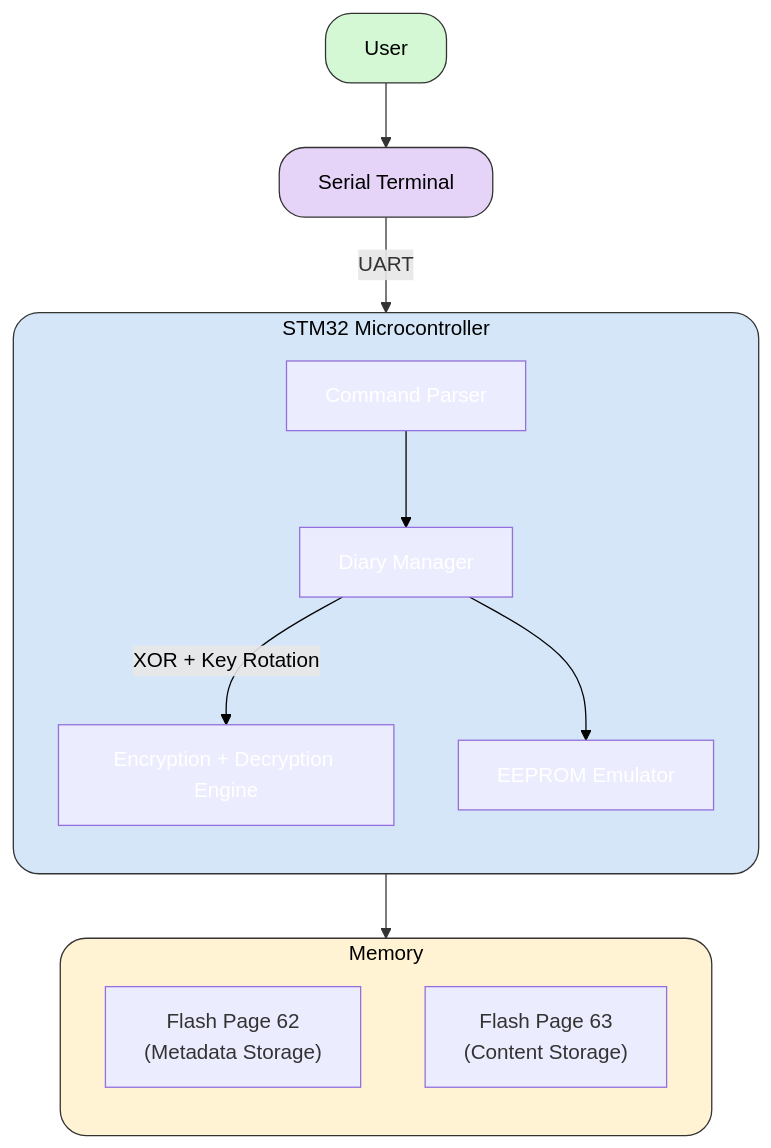
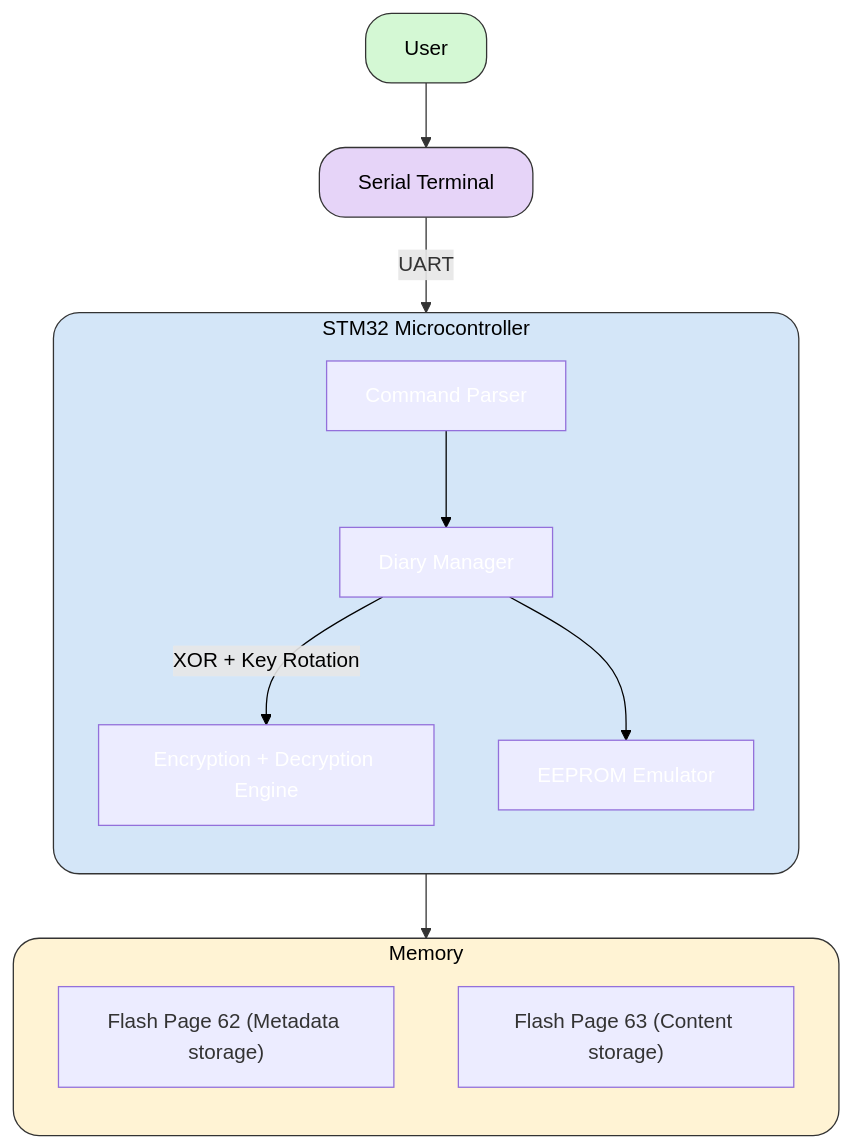
The first of 3 diagrams in README.md (pvura9/FlashWrite), drawn with Mermaid before and after one commit. The commit also changed other lines of this file, not shown here.

Commit message:
mermaid changes

````diff
--- a/README.md
+++ b/README.md
@@ -76,46 +76,46 @@
 ```mermaid
 %%{init: {'themeVariables': { 'fontFamily': 'Times New Roman, serif' }}}%%
 flowchart TB
   %% ---------- Styles ----------
   classDef userStyle fill:#d4f8d4,stroke:#333,stroke-width:1px,color:#000,rx:20,ry:20
   classDef termStyle fill:#e6d4f8,stroke:#333,stroke-width:1px,color:#000,rx:20,ry:20
   classDef mcuTextWhite color:#fff
 
   %% ---------- Top: User & Terminal ----------
   user[User]:::userStyle
   term[Serial Terminal]:::termStyle
   user --> term
   term -->|UART| mcu
 
   %% ---------- STM32 Microcontroller ----------
   subgraph mcu[STM32 Microcontroller]
     direction TB
     cp[Command Parser]:::mcuTextWhite
     dm[Diary Manager]:::mcuTextWhite
     cp --> dm
 
     e[Encryption + Decryption Engine]:::mcuTextWhite
     ee[EEPROM Emulator]:::mcuTextWhite
     dm -->|XOR + Key Rotation| e
     dm --> ee
   end
   style mcu fill:#d4e6f8,stroke:#333,stroke-width:1px,color:#000, rx:20, ry:20
 
   %% ---------- Memory ----------
   subgraph mem[Memory]
     direction TB
-    fp62["Flash Page 62<br/>(Metadata Storage)"]
-    fp63["Flash Page 63<br/>(Content Storage)"]
+    fp62["Flash Page 62 (Metadata storage)"]
+    fp63["Flash Page 63 (Content storage)"]
   end
   style mem fill:#fff3d4,stroke:#333,stroke-width:1px,color:#000, rx:20, ry:20
 
   %% ---------- Connections ----------
   ee --> mem
 
   %% ---------- Arrow styling (make arrows inside STM32 block black) ----------
   %% Link indices (0-based) in order of appearance:
   %% 0: user->term, 1: term->mcu, 2: cp->dm, 3: dm->e, 4: dm->ee, 5: ee->mem
   linkStyle 2 stroke:#000,stroke-width:1px,color:#000
   linkStyle 3 stroke:#000,stroke-width:1px,color:#000
   linkStyle 4 stroke:#000,stroke-width:1px,color:#000
 ```
````
